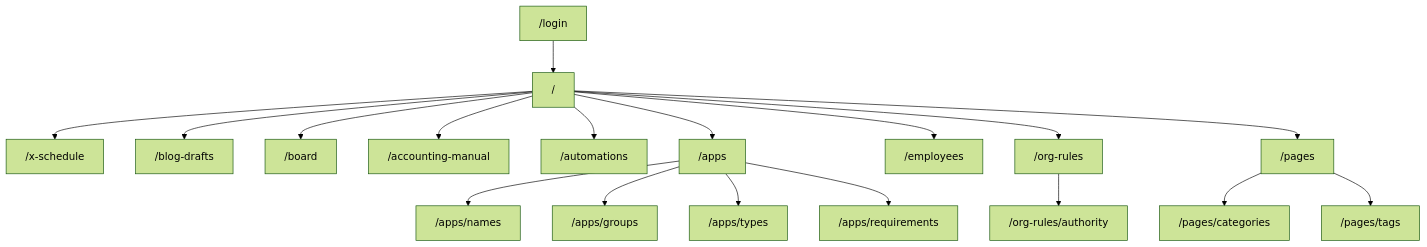
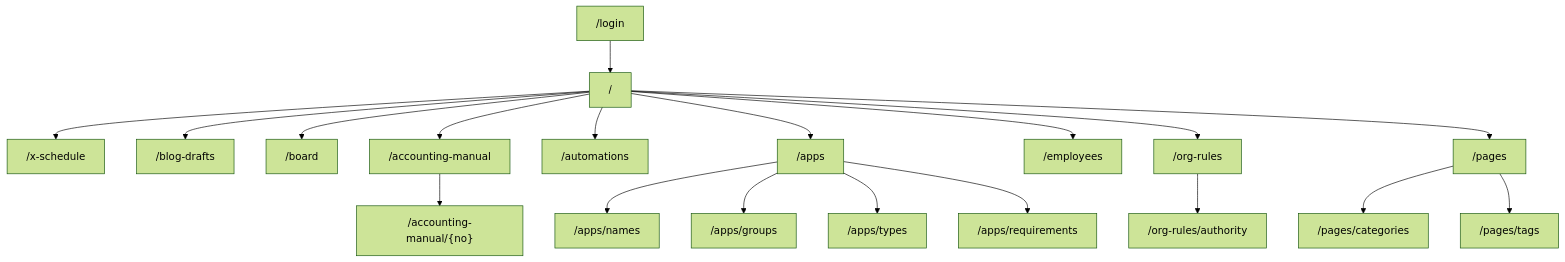
One commit to ssstakahashi/ai-org changed the diagram in docs/interfaces.md. Above: the diagram before and after it, drawn with Mermaid (forest theme). The commit also changed other lines of this file and 7 other files, not shown here.

````diff
--- a/docs/interfaces.md
+++ b/docs/interfaces.md
@@ -11,20 +11,21 @@
 ```mermaid
 flowchart TD
   Login["/login"] --> Home["/"]
   Home --> XSchedule["/x-schedule"]
   Home --> BlogDrafts["/blog-drafts"]
   Home --> Board["/board"]
   Home --> AccountingManual["/accounting-manual"]
+  AccountingManual --> AccountingManualEntry["/accounting-manual/{no}"]
   Home --> Automations["/automations"]
   Home --> Apps["/apps"]
   Home --> Employees["/employees"]
   Home --> OrgRules["/org-rules"]
   Home --> Pages["/pages"]
   Apps --> AppNames["/apps/names"]
   Apps --> AppGroups["/apps/groups"]
   Apps --> AppTypes["/apps/types"]
   Apps --> AppReqs["/apps/requirements"]
   OrgRules --> Authority["/org-rules/authority"]
   Pages --> PageCats["/pages/categories"]
   Pages --> PageTags["/pages/tags"]
 ```
````
